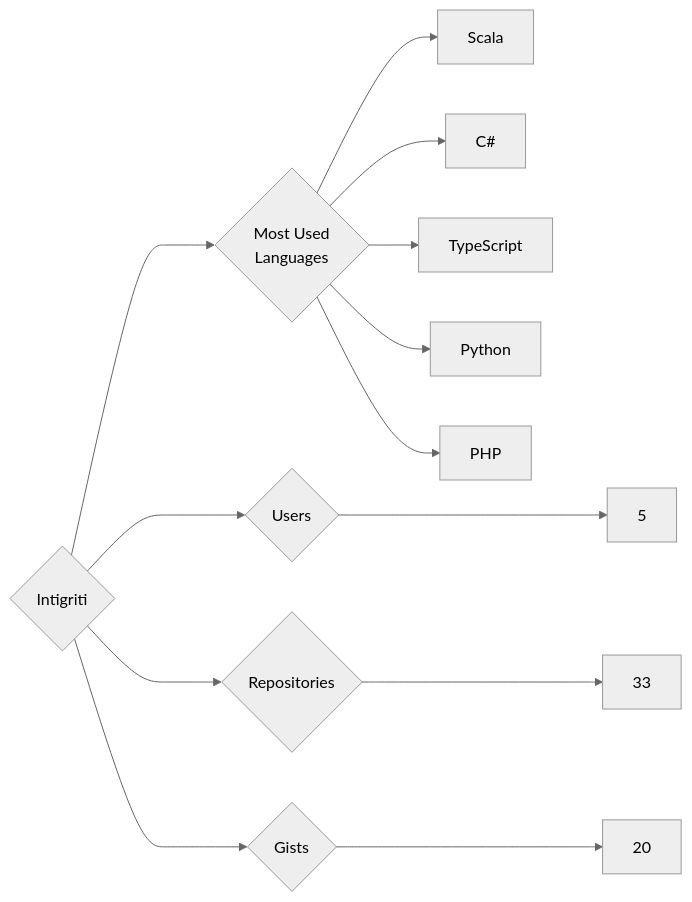
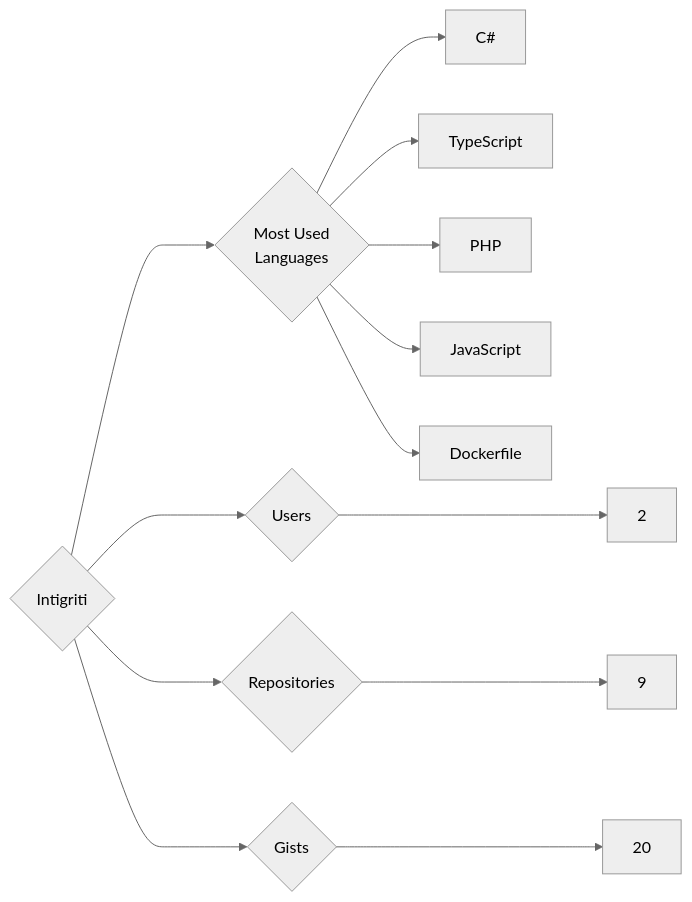
Before and after one commit to trickest/insiders: the diagram in targets/Intigriti/README.md, drawn with Mermaid (neutral theme). The commit also changed 1003 other files, not shown here.

````diff
--- a/targets/Intigriti/README.md
+++ b/targets/Intigriti/README.md
@@ -3,13 +3,13 @@
 ```mermaid
 graph LR
 COMPANY_NAME{Intigriti}
-COMPANY_NAME ---> U{Users} ---> UN[5]
-COMPANY_NAME ---> R{Repositories} ---> RN[33]
+COMPANY_NAME ---> U{Users} ---> UN[2]
+COMPANY_NAME ---> R{Repositories} ---> RN[9]
 COMPANY_NAME ---> G{Gists} ---> GN[20]
 COMPANY_NAME ---> ML{Most Used<br>Languages}
-ML --> Scala[Scala]
 ML --> C#[C#]
 ML --> TypeScript[TypeScript]
-ML --> Python[Python]
 ML --> PHP[PHP]
+ML --> JavaScript[JavaScript]
+ML --> Dockerfile[Dockerfile]
 ```
````
